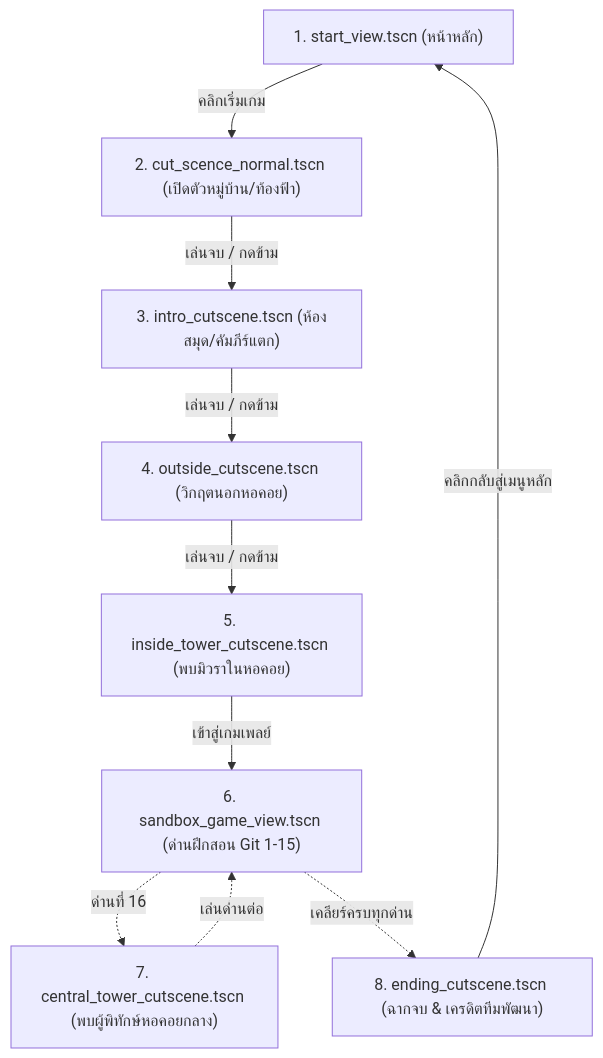
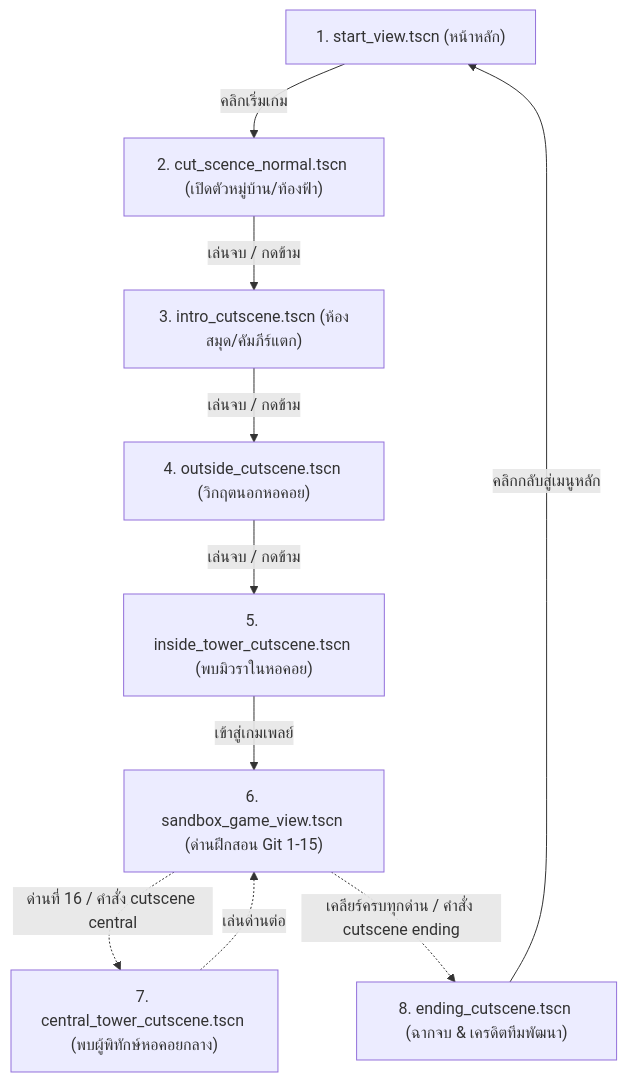
Before and after one commit to PetchAuisui/Demo-Game-Git-Diwaa: the first of 2 diagrams in docs/cutscene-controls.md, drawn with Mermaid. The commit also changed other lines of this file and 1 other file, not shown here.

First line of the commit message:
feat(sandbox): add cutscene test commands in sandbox terminal

````diff
--- a/docs/cutscene-controls.md
+++ b/docs/cutscene-controls.md
@@ -95,14 +95,14 @@
 ```mermaid
 flowchart TD
     Start["1. start_view.tscn (หน้าหลัก)"] -->|"คลิกเริ่มเกม"| Normal["2. cut_scence_normal.tscn (เปิดตัวหมู่บ้าน/ท้องฟ้า)"]
     Normal -->|"เล่นจบ / กดข้าม"| Intro["3. intro_cutscene.tscn (ห้องสมุด/คัมภีร์แตก)"]
     Intro -->|"เล่นจบ / กดข้าม"| Outside["4. outside_cutscene.tscn (วิกฤตนอกหอคอย)"]
     Outside -->|"เล่นจบ / กดข้าม"| InsideTower["5. inside_tower_cutscene.tscn (พบมิวราในหอคอย)"]
     InsideTower -->|"เข้าสู่เกมเพลย์"| Sandbox["6. sandbox_game_view.tscn (ด่านฝึกสอน Git 1-15)"]
     
-    Sandbox -.->|"ด่านที่ 16"| CentralTower["7. central_tower_cutscene.tscn (พบผู้พิทักษ์หอคอยกลาง)"]
+    Sandbox -.->|"ด่านที่ 16 / คำสั่ง cutscene central"| CentralTower["7. central_tower_cutscene.tscn (พบผู้พิทักษ์หอคอยกลาง)"]
     CentralTower -.->|"เล่นด่านต่อ"| Sandbox
     
-    Sandbox -.->|"เคลียร์ครบทุกด่าน"| Ending["8. ending_cutscene.tscn (ฉากจบ & เครดิตทีมพัฒนา)"]
+    Sandbox -.->|"เคลียร์ครบทุกด่าน / คำสั่ง cutscene ending"| Ending["8. ending_cutscene.tscn (ฉากจบ & เครดิตทีมพัฒนา)"]
     Ending -->|"คลิกกลับสู่เมนูหลัก"| Start
 ```
````
